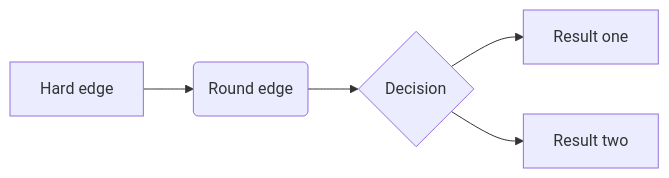
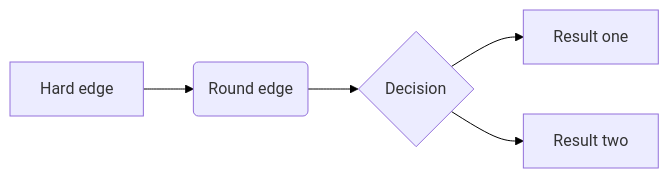
Before and after one commit to finnoh/RWDS_post_template: the diagram in report.qmd, drawn with Mermaid. The commit also changed other lines of this file, not shown here.

````diff
--- a/report.qmd
+++ b/report.qmd
@@ -222,12 +226,13 @@
 ```{mermaid}
 %%| eval: true
 %%| echo: false
 %%| fig-align: center
 %%| fig-cap: "This is a caption for the diagram."
 %%| label: fig-mermaid
 flowchart LR
   A[Hard edge] --> B(Round edge)
   B --> C{Decision}
   C --> D[Result one]
   C --> E[Result two]
+linkStyle default stroke:black
 ```
````
